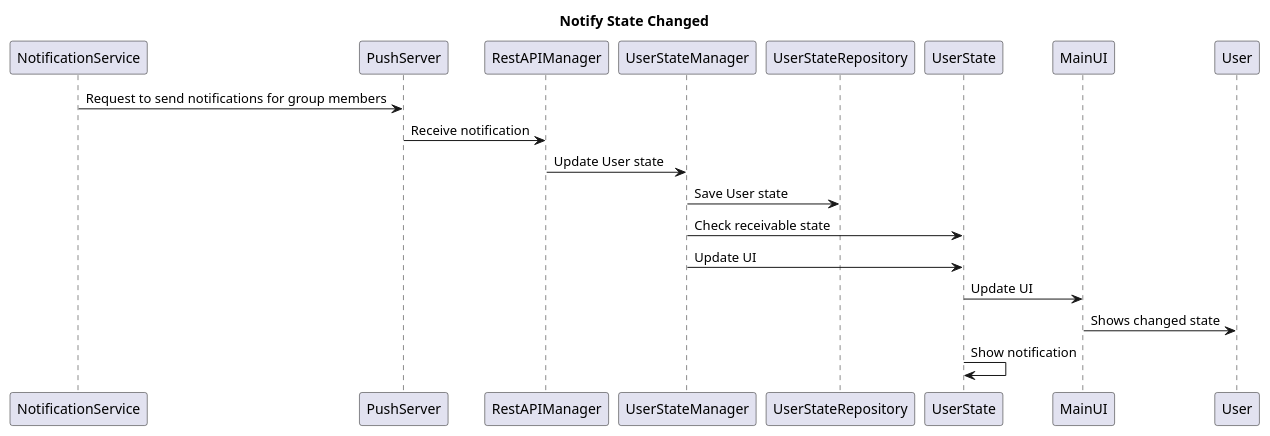
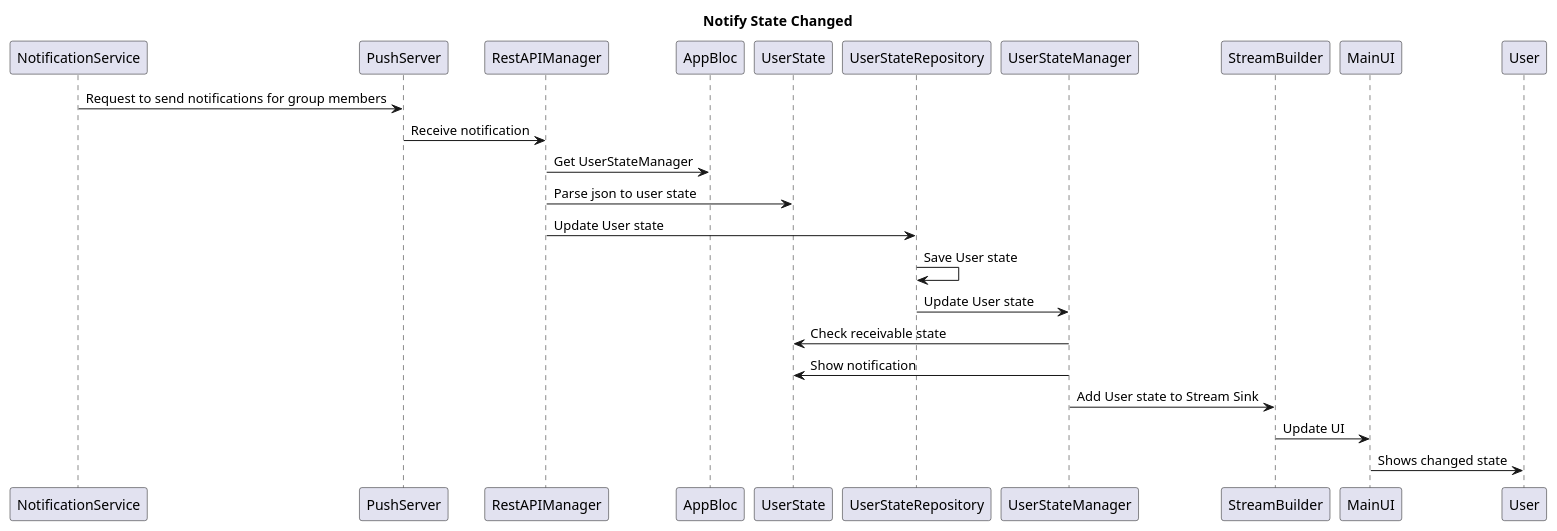
Before and after one commit to 2bellwater/EMO_USE_CASE: the diagram in UC_GET_NOTIFICATION.wsd, drawn with PlantUML. The commit also changed 2 other files, not shown here.

Commit message:
Add Init page and bloc, repository

```diff
--- a/UC_GET_NOTIFICATION.wsd
+++ b/UC_GET_NOTIFICATION.wsd
@@ -1,12 +1,15 @@
 @startuml
 title Notify State Changed
 NotificationService -> PushServer : Request to send notifications for group members
 PushServer -> RestAPIManager : Receive notification
-RestAPIManager -> UserStateManager : Update User state
-UserStateManager -> UserStateRepository : Save User state
+RestAPIManager -> AppBloc : Get UserStateManager
+RestAPIManager -> UserState : Parse json to user state
+RestAPIManager -> UserStateRepository : Update User state
+UserStateRepository -> UserStateRepository : Save User state
+UserStateRepository -> UserStateManager : Update User state
 UserStateManager -> UserState : Check receivable state
-UserStateManager -> UserState : Update UI
-UserState -> MainUI : Update UI
+UserStateManager -> UserState : Show notification
+UserStateManager -> StreamBuilder : Add User state to Stream Sink
+StreamBuilder -> MainUI : Update UI
 MainUI -> User : Shows changed state
-UserState -> UserState : Show notification
 @enduml
```
